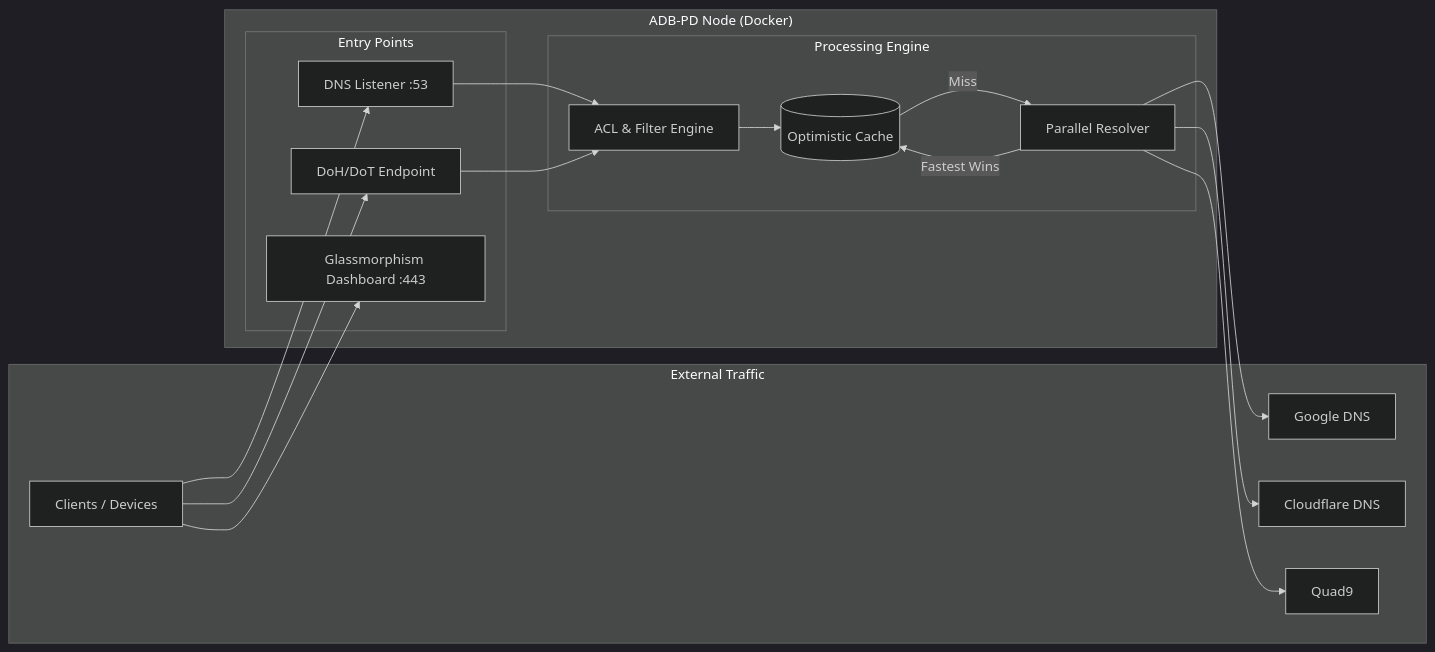
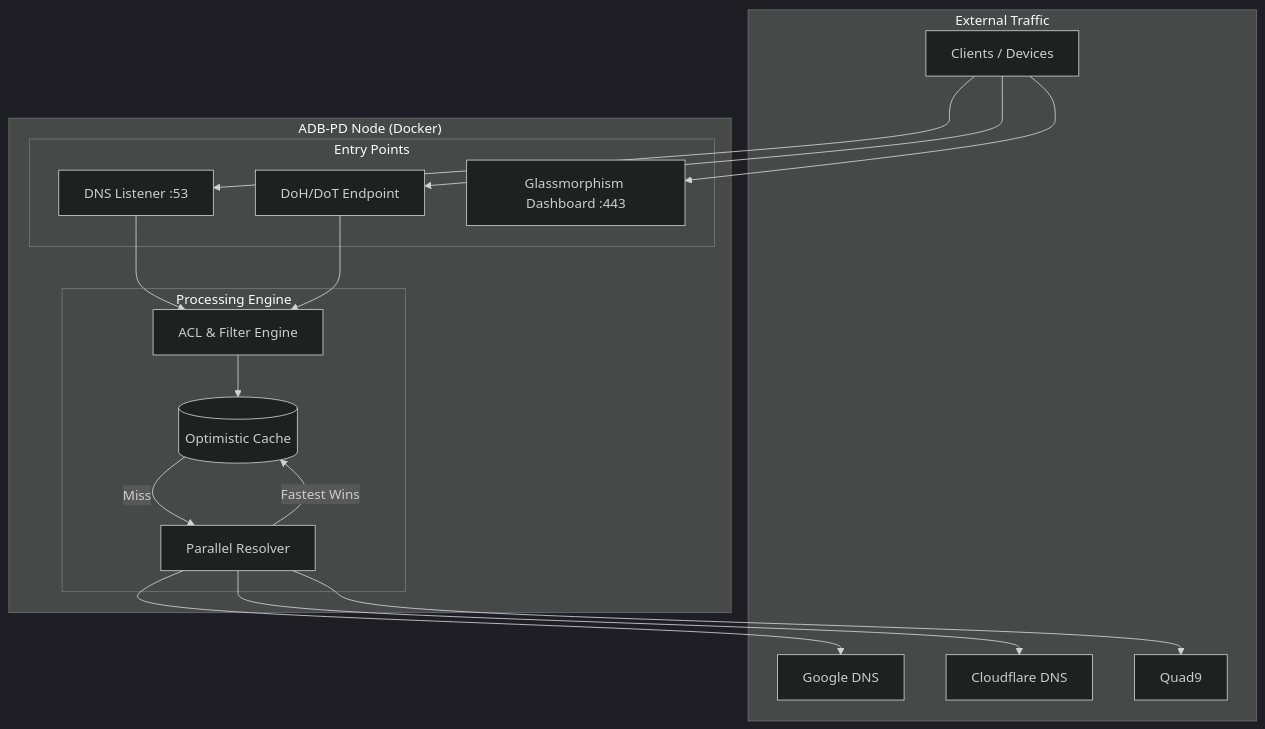
One commit to weby-homelab/adb-pd changed the diagram in README.md. Above: the diagram before and after it, drawn with Mermaid (dark theme).

````diff
--- a/README.md
+++ b/README.md
@@ -20,36 +20,36 @@
 ```mermaid
-graph LR
+graph TB
     subgraph "External Traffic"
         C[Clients / Devices]
         U1[Google DNS]
         U2[Cloudflare DNS]
         U3[Quad9]
     end
 
     subgraph "ADB-PD Node (Docker)"
         subgraph "Entry Points"
             L53[DNS Listener :53]
             DoH[DoH/DoT Endpoint]
             UI[Glassmorphism Dashboard :443]
         end
 
         subgraph "Processing Engine"
             ACL[ACL & Filter Engine]
             Cache[(Optimistic Cache)]
             PR[Parallel Resolver]
         end
     end
 
     C --> L53
     C --> DoH
     C --> UI
 
     L53 --> ACL
     DoH --> ACL
     ACL --> Cache
     Cache -->|Miss| PR
     PR --> U1
     PR --> U2
     PR --> U3
     PR -->|Fastest Wins| Cache
 ```
````
